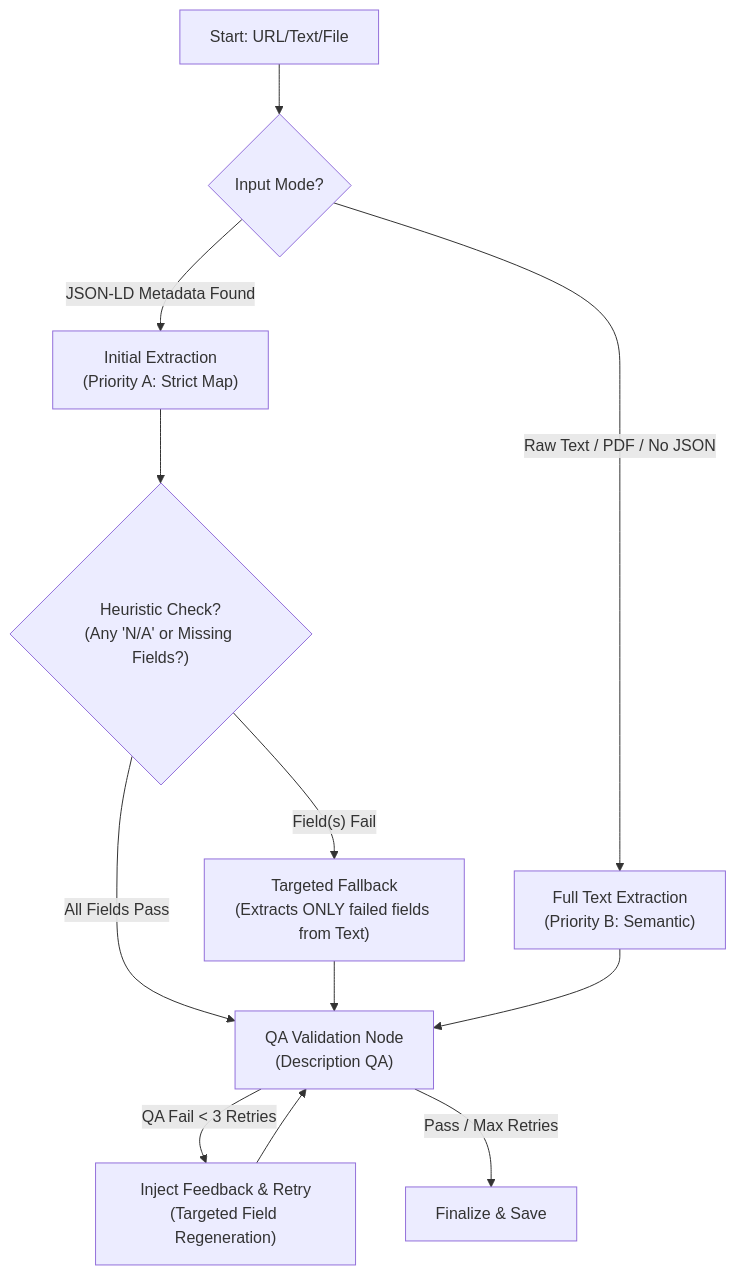
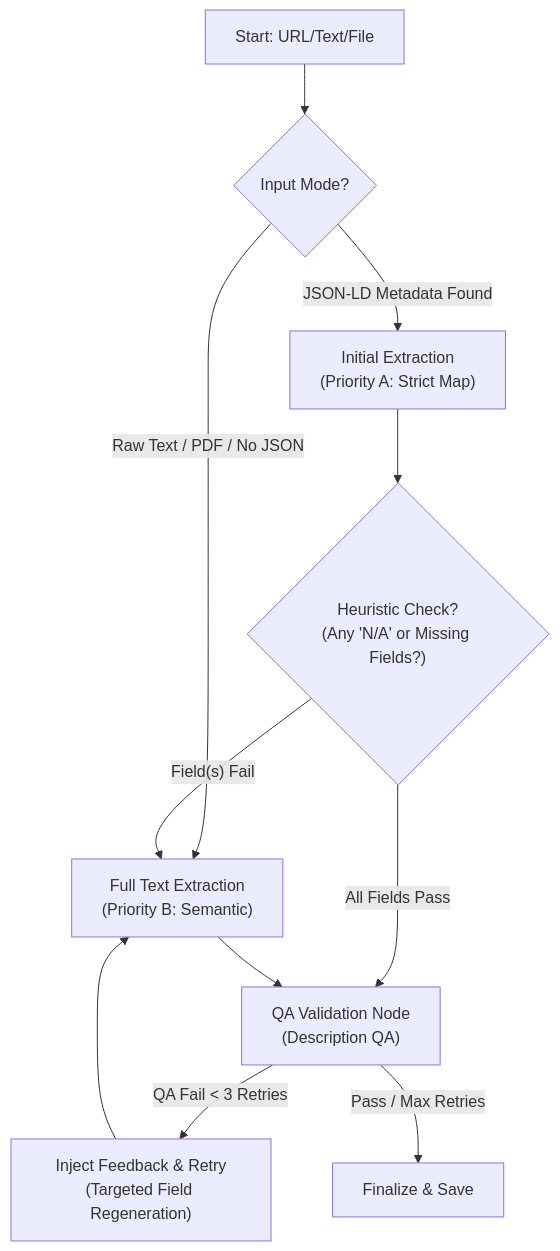
The first of 2 diagrams in backend/README.md (yicheinchang/lard), drawn with Mermaid before and after one commit. The commit also changed other lines of this file, not shown here.

Commit message:
docs(ai): revert to TD diagram and clarify text path re-use

````diff
--- a/backend/README.md
+++ b/backend/README.md
@@ -94,20 +94,19 @@
 ```mermaid
 graph TD
     A["Start: URL/Text/File"] --> B{"Input Mode?"}
     
     B -- "JSON-LD Metadata Found" --> C["Initial Extraction<br/>(Priority A: Strict Map)"]
     B -- "Raw Text / PDF / No JSON" --> D["Full Text Extraction<br/>(Priority B: Semantic)"]
     
     C --> E{"Heuristic Check?<br/>(Any 'N/A' or Missing Fields?)"}
     
-    E -- "Field(s) Fail" --> F["Targeted Fallback<br/>(Extracts ONLY failed fields from Text)"]
+    E -- "Field(s) Fail" --> D
     E -- "All Fields Pass" --> G["QA Validation Node<br/>(Description QA)"]
     
-    F --> G
     D --> G
     
     G -- "QA Fail < 3 Retries" --> H["Inject Feedback & Retry<br/>(Targeted Field Regeneration)"]
-    H --> G
+    H --> D
     
     G -- "Pass / Max Retries" --> I["Finalize & Save"]
 ```
````
